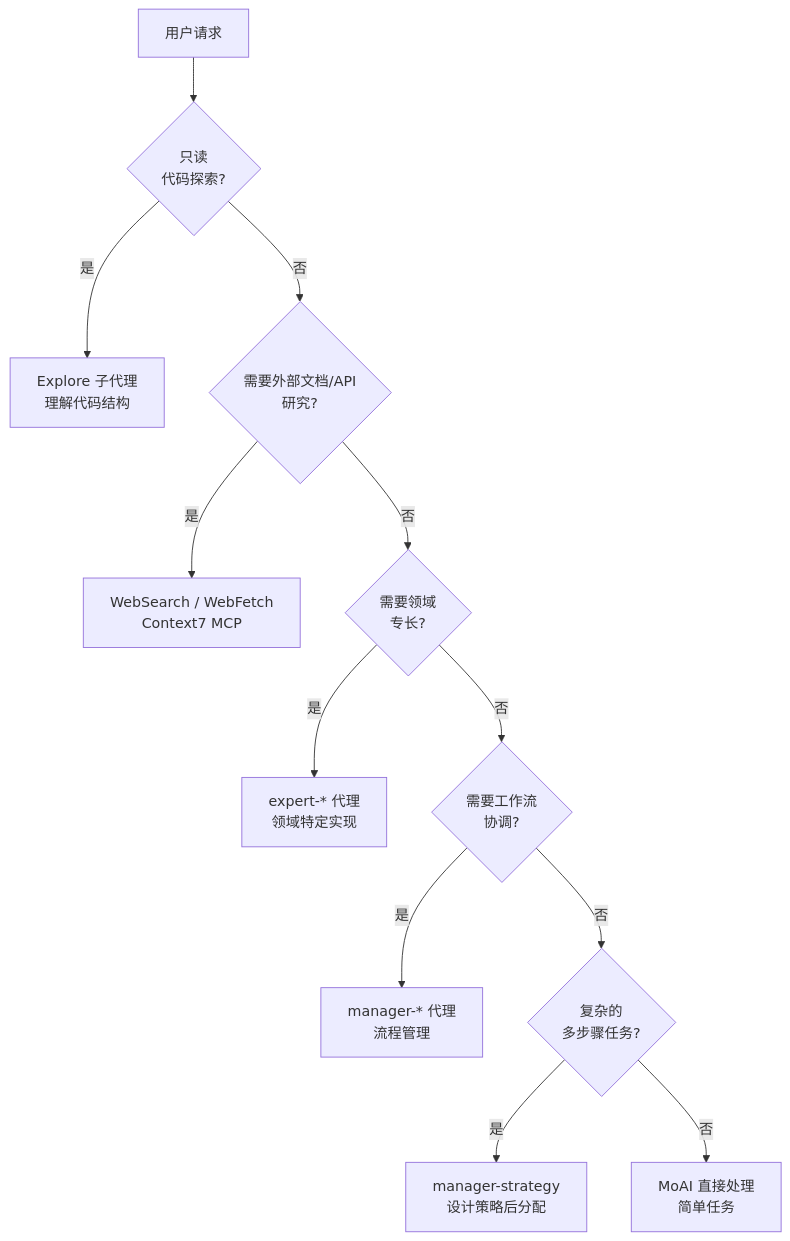
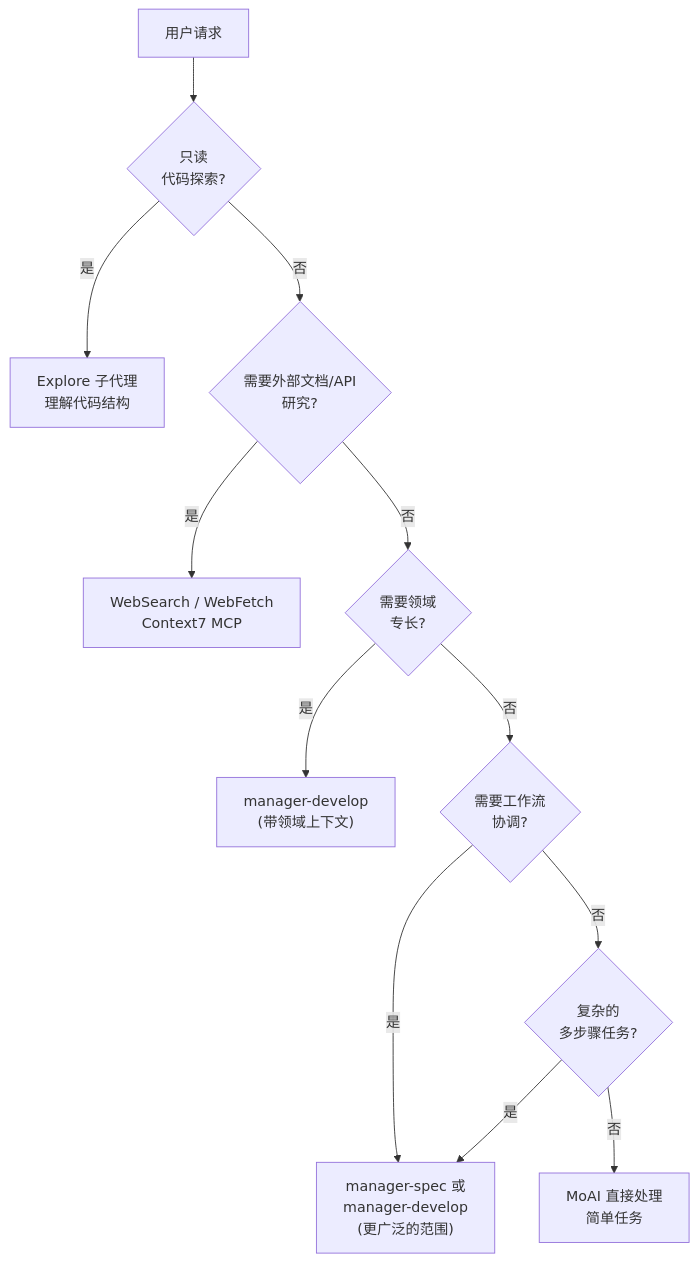
Before and after one commit to modu-ai/moai-adk: the third of 4 diagrams in docs-site/content/zh/advanced/agent-guide.md, drawn with Mermaid. The commit also changed other lines of this file and 153 other files, not shown here.

````diff
--- a/docs-site/content/zh/advanced/agent-guide.md
+++ b/docs-site/content/zh/advanced/agent-guide.md
@@ -177,19 +158,19 @@
 ```mermaid
 flowchart TD
     START[用户请求] --> Q1{只读<br/>代码探索?}
 
     Q1 -->|是| EXPLORE["Explore 子代理<br/>理解代码结构"]
     Q1 -->|否| Q2{需要外部文档/API<br/>研究?}
 
     Q2 -->|是| WEB["WebSearch / WebFetch<br/>Context7 MCP"]
     Q2 -->|否| Q3{需要领域<br/>专长?}
 
-    Q3 -->|是| EXPERT["expert-* 代理<br/>领域特定实现"]
+    Q3 -->|是| EXPERT["manager-develop<br/>(带领域上下文)"]
     Q3 -->|否| Q4{需要工作流<br/>协调?}
 
     Q4 -->|是| MANAGER["manager-* 代理<br/>流程管理"]
     Q4 -->|否| Q5{复杂的<br/>多步骤任务?}
 
-    Q5 -->|是| STRATEGY["manager-strategy<br/>设计策略后分配"]
+    Q5 -->|是| MANAGER["manager-spec 或<br/>manager-develop<br/>(更广泛的范围)"]
     Q5 -->|否| DIRECT["MoAI 直接处理<br/>简单任务"]
 ```
````
